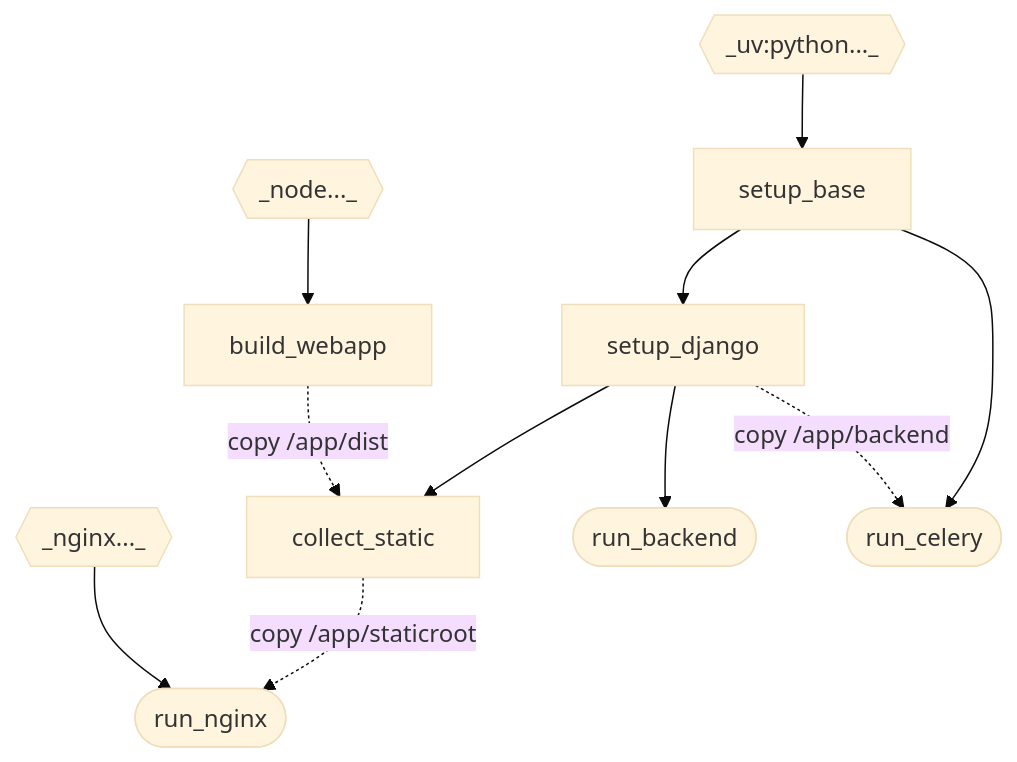
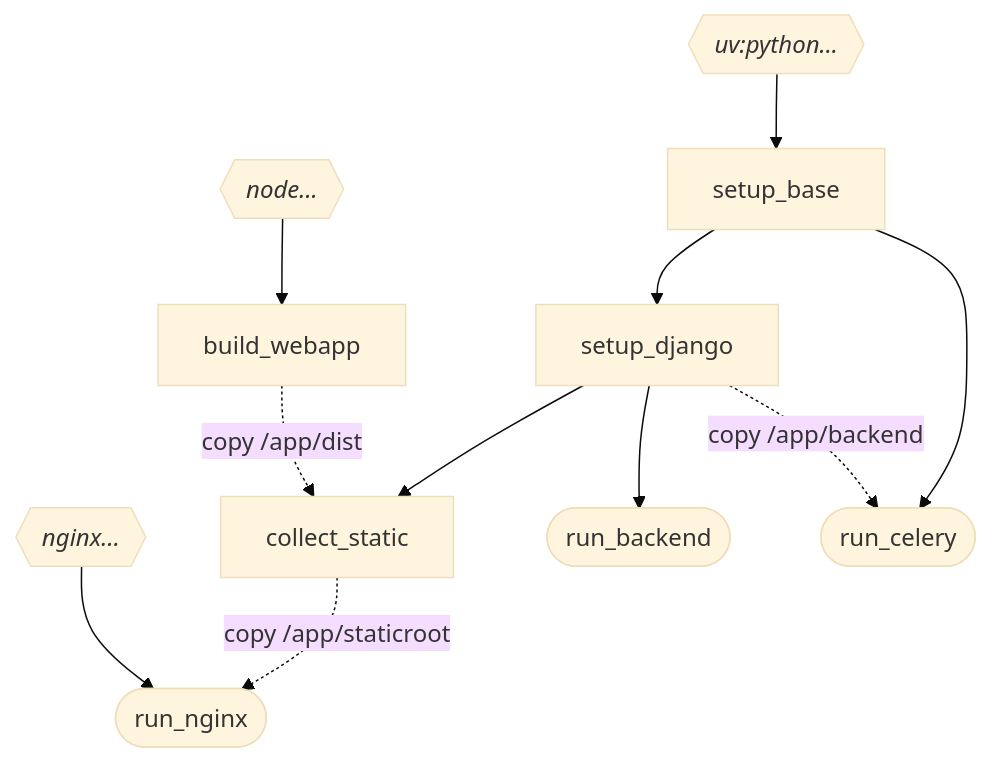
Before and after one commit to KSIUJ/gutenberg: the first of 2 diagrams in docs/internals/docker.md, drawn with Mermaid (base theme). The commit also changed other lines of this file and 4 other files, not shown here.

````diff
--- a/docs/internals/docker.md
+++ b/docs/internals/docker.md
@@ -11,22 +11,22 @@
 ```mermaid
 flowchart TD
-    node{{_node..._}}
-    uv{{_uv:python..._}}
-    nginx{{_nginx..._}}
+    node{{"`_node..._`"}}
+    uv{{"`_uv:python..._`"}}
+    nginx{{"`_nginx..._`"}}
     
     node --> build_webapp
 
     uv --> setup_base
     setup_base --> setup_django
 
     setup_django --> collect_static
 
     setup_django --> run_backend([run_backend])
 
     setup_base --> run_celery([run_celery])
     setup_django -. copy /app/backend .-> run_celery
 
     build_webapp -. copy /app/dist .-> collect_static
     nginx --> run_nginx([run_nginx])
     collect_static -. copy /app/staticroot .-> run_nginx([run_nginx])
 ```
````
